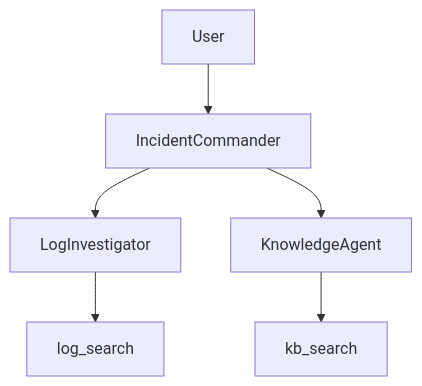
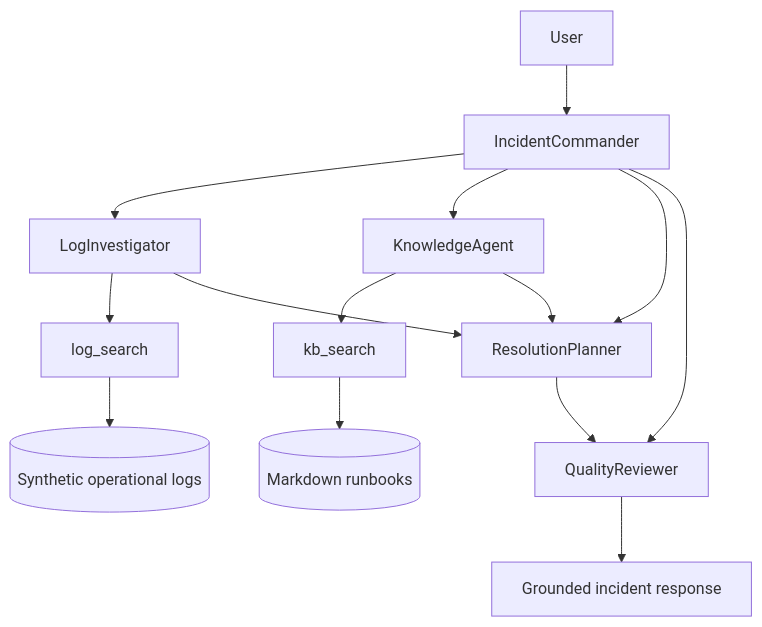
One commit to zeronicyber/OpsPilot changed the first of 2 diagrams in README_OPSPILOT.md. Above: the diagram before and after it, drawn with Mermaid. The commit also changed other lines of this file and 3 other files, not shown here.

````diff
--- a/README_OPSPILOT.md
+++ b/README_OPSPILOT.md
@@ -11,12 +36,21 @@
 ```mermaid
 graph TD
+    U[User] --> IC[IncidentCommander]
 
-A[User]
---> B[IncidentCommander]
+    IC --> LI[LogInvestigator]
+    LI --> LS[log_search]
+    LS --> LOGS[(Synthetic operational logs)]
 
-B --> C[LogInvestigator]
-C --> D[log_search]
+    IC --> KA[KnowledgeAgent]
+    KA --> KS[kb_search]
+    KS --> KB[(Markdown runbooks)]
 
-B --> E[KnowledgeAgent]
-E --> F[kb_search]
+    IC --> RP[ResolutionPlanner]
+    LI --> RP
+    KA --> RP
+
+    IC --> QR[QualityReviewer]
+    RP --> QR
+
+    QR --> OUT[Grounded incident response]
 ```
````
